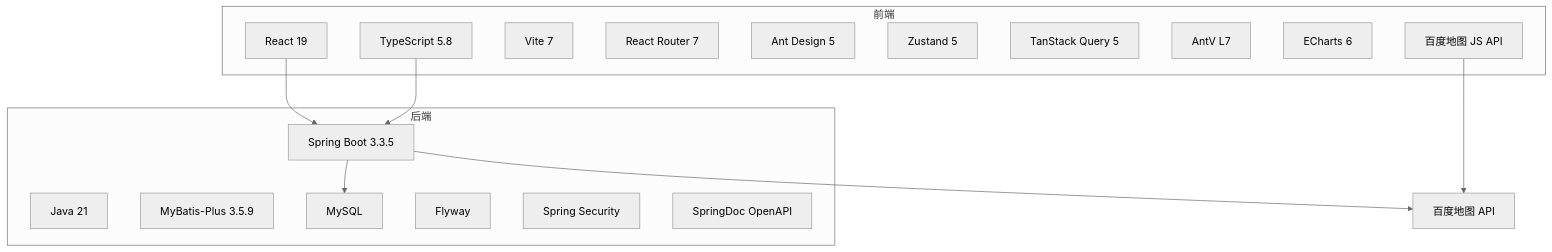
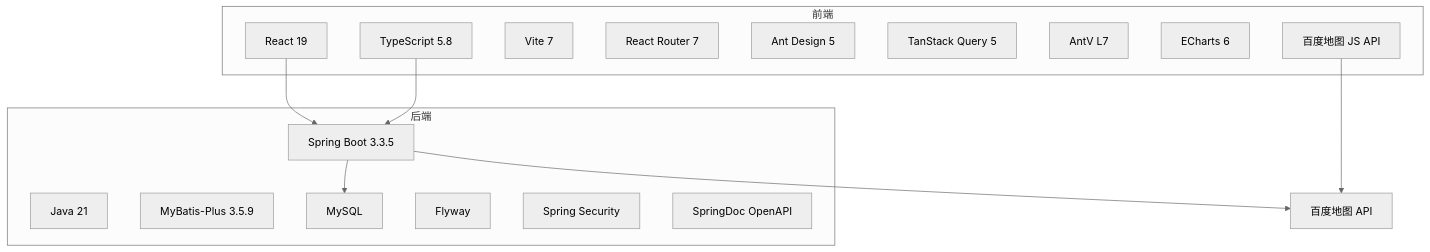
One commit to ZIQI-a/trail-map changed the first of 2 diagrams in docs/wiki/01-项目概述.md. Above: the diagram before and after it, drawn with Mermaid (neutral theme). The commit also changed other lines of this file and 14 other files, not shown here.

````diff
--- a/docs/wiki/01-项目概述.md
+++ b/docs/wiki/01-项目概述.md
@@ -42,31 +42,30 @@
 ```mermaid
 graph TB
     subgraph Frontend["前端"]
         React["React 19"]
         TS["TypeScript 5.8"]
         Vite["Vite 7"]
         Router["React Router 7"]
         Antd["Ant Design 5"]
-        Zustand["Zustand 5"]
         TQ["TanStack Query 5"]
         L7["AntV L7"]
         ECharts["ECharts 6"]
         BMap["百度地图 JS API"]
     end
 
     subgraph Backend["后端"]
         Java["Java 21"]
         SB["Spring Boot 3.3.5"]
         MBP["MyBatis-Plus 3.5.9"]
         MySQL["MySQL"]
         Flyway["Flyway"]
         Security["Spring Security"]
         Swagger["SpringDoc OpenAPI"]
     end
 
     React --> SB
     TS --> SB
     BMap --> BaiduAPI["百度地图 API"]
     SB --> BaiduAPI
     SB --> MySQL
 ```
````
